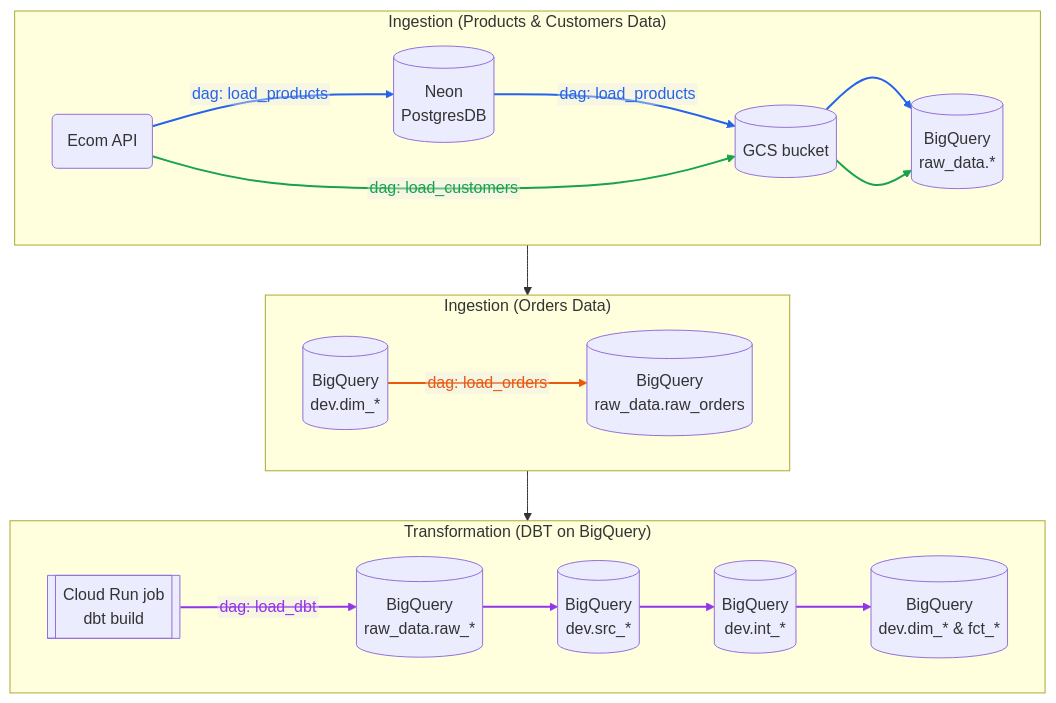
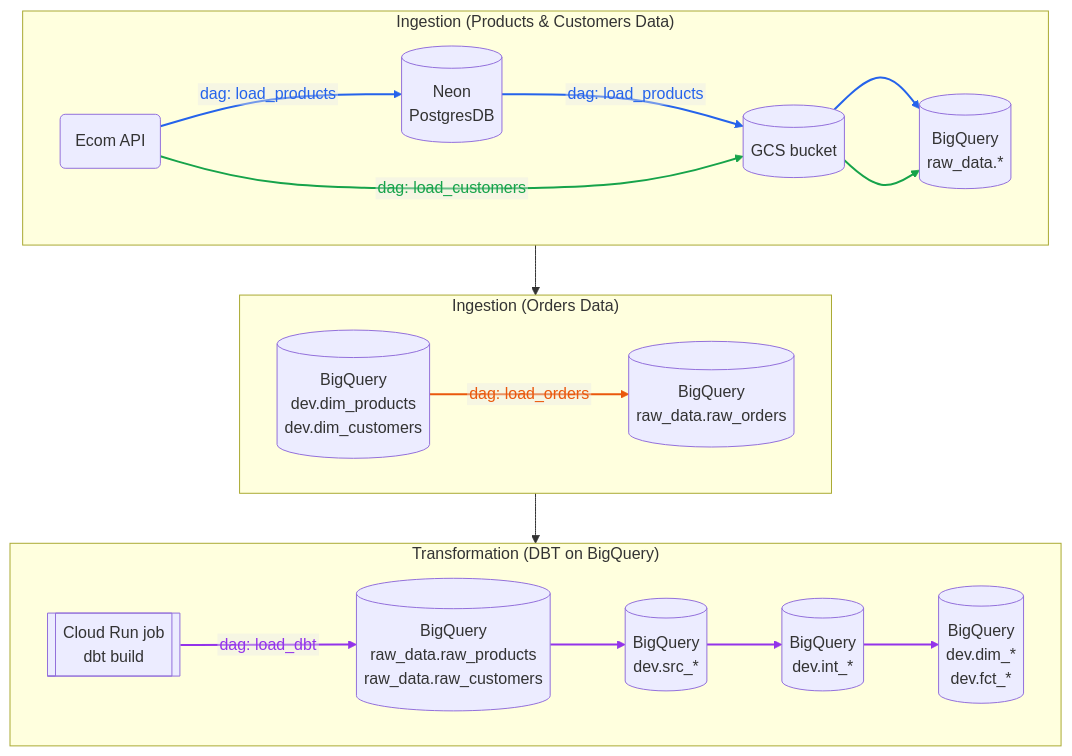
One commit to candychen00/faker-ecom-project__airflow_dbt changed the first of 5 diagrams in airflow/README.md. Above: the diagram before and after it, drawn with Mermaid.

Commit message:
Add af readme v10

````diff
--- a/airflow/README.md
+++ b/airflow/README.md
@@ -31,44 +31,44 @@
 ```mermaid
 %%{init: {"flowchart": {"htmlLabels": false}}}%%
 flowchart TB
     subgraph ROW1["Ingestion (Products & Customers Data)"]
         direction LR
         API(Ecom API)
         PG[(Neon<br>PostgresDB)]
         GCS[(GCS bucket)]
         RAW[(BigQuery<br/>raw_data.*)]
     end
 
     subgraph ROW2["Ingestion (Orders Data)"]
         direction LR
-        BQ_DIM[(BigQuery<br>dev.dim_*)]
+        BQ_DIM[(BigQuery<br>dev.dim_products<br>dev.dim_customers)]
         BQ_FCT[(BigQuery<br>raw_data.raw_orders)]
     end
 
     subgraph ROW3["Transformation (DBT on BigQuery)"]
         direction LR
         DBT[[Cloud Run job<br>dbt build]]
-        BQ_RAW[(BigQuery<br/>raw_data.raw_*)]
+        BQ_RAW[(BigQuery<br/>raw_data.raw_products<br>raw_data.raw_customers)]
         BQ_SRC[(BigQuery<br/>dev.src_*)]
         BQ_INT[(BigQuery<br/>dev.int_*)]
-        BQ_DIM_FCT[(BigQuery<br/>dev.dim_* & fct_*)]
+        BQ_DIM_FCT[(BigQuery<br/>dev.dim_*<br>dev.fct_*)]
     end
 
     API -- dag: load_products --> PG
     PG -- dag: load_products --> GCS
     API -- dag: load_customers --> GCS
     GCS --> RAW
     GCS --> RAW
 
     BQ_DIM -- dag: load_orders --> BQ_FCT
 
     DBT -- dag: load_dbt --> BQ_RAW --> BQ_SRC --> BQ_INT --> BQ_DIM_FCT
 
     ROW1 --> ROW2 --> ROW3
 
     %% Edge indices follow declaration order (0-based)
     linkStyle 0,1,3 stroke:#2563eb,stroke-width:2px,color:#2563eb
     linkStyle 2,4 stroke:#16a34a,stroke-width:2px,color:#16a34a
     linkStyle 5 stroke:#ea580c,stroke-width:2px,color:#ea580c
     linkStyle 6,7,8,9 stroke:#9333ea,stroke-width:2px,color:#9333ea
 ```
````
